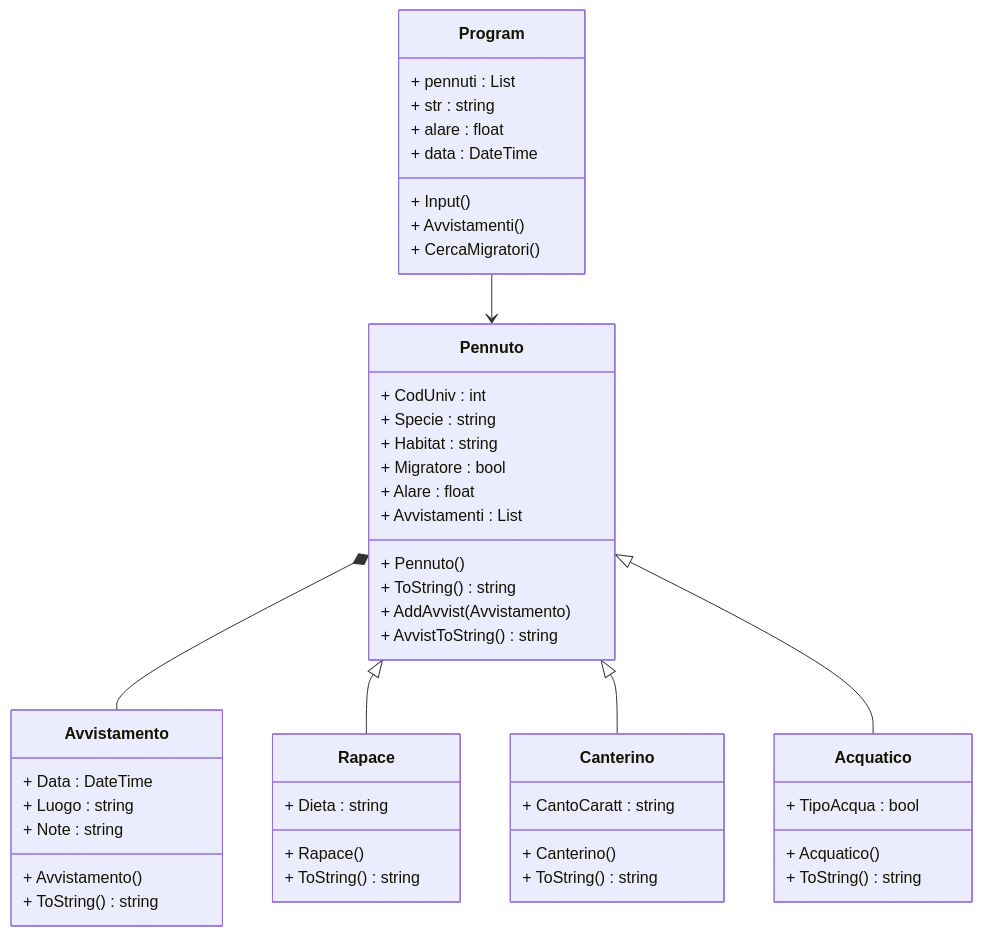
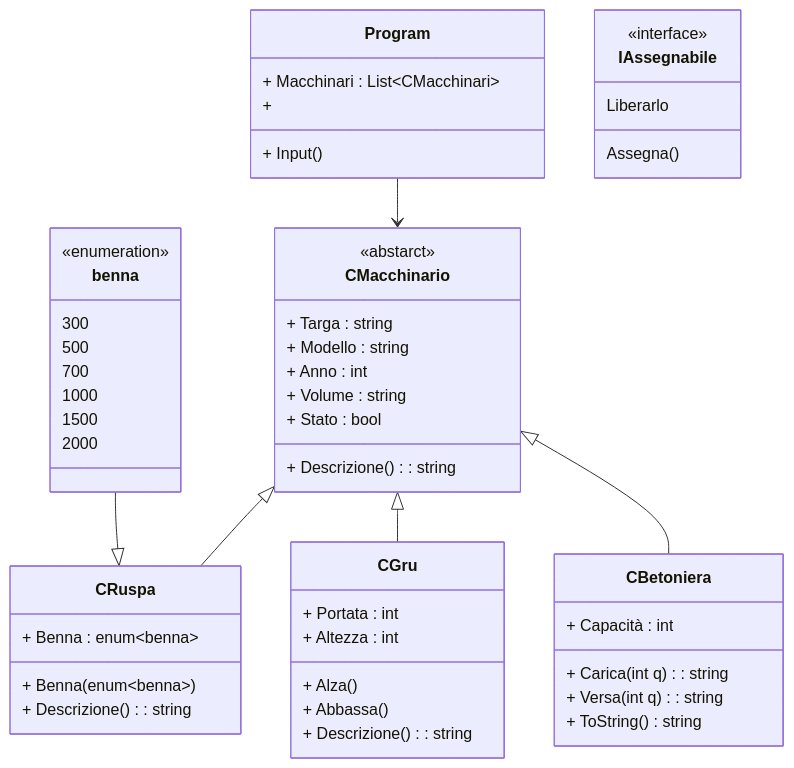
The diagram in C#/EsVolatili-BERTOLDO-MATTEO/EsVolatiliBM.md (BertoldoMatteo/4-INFORMATICA), drawn with Mermaid before and after one commit. The commit also changed 60 other files, not shown here.

````diff
--- a/C#/EsVolatili-BERTOLDO-MATTEO/EsVolatiliBM.md
+++ b/C#/EsVolatili-BERTOLDO-MATTEO/EsVolatiliBM.md
@@ -1,74 +1,80 @@
 ```mermaid
 classDiagram
 
     %% CLASSI PRINCIPALI
     
     class Program{
-        + pennuti : List<cPennuto>
-        + str : string
-        + alare : float
-        + data : DateTime
+        + Macchinari : List~CMacchinari~
 
         + Input()
-        + Avvistamenti()
-        + CercaMigratori() 
+        + 
 
     }
 
-    class Pennuto {
-        + CodUniv : int
-        + Specie : string
-        + Habitat : string
-        + Migratore : bool
-        + Alare : float
-        + Avvistamenti : List<Avvistamento>
-        
-        + Pennuto()
-        + ToString() string
-        + AddAvvist(Avvistamento)
-        + AvvistToString() string
+    class CMacchinario{
+        <<abstarct>>
+        + Targa : string
+        + Modello : string
+        + Anno : int
+        + Volume : string
+        + Stato : bool
+
+        + Descrizione() : string
+
     }
 
-    class Avvistamento {
-        + Data : DateTime
-        + Luogo : string
-        + Note : string
+    class CRuspa {
+        + Benna : enum~benna~
+        
+        + Benna(enum~benna~)
+        + Descrizione() : string
+    }
 
-        + Avvistamento()
+    class benna{
+        <<enumeration>>
+        300
+        500
+        700
+        1000
+        1500
+        2000
+    }
+
+    class CGru {
+        + Portata : int
+        + Altezza : int
+
+        + Alza()
+        + Abbassa()
+        + Descrizione() : string
+    }
+
+    class CBetoniera {
+        + Capacità : int
+        
+        + Carica(int q) : string
+        + Versa(int q) : string
         + ToString() string
     }
 
-    class Rapace {
-        + Dieta : string
-        
-        + Rapace()
-        + ToString() string
+    class IAssegnabile{
+        <<interface>>
+        Assegna()
+        Liberarlo
     }
 
-    class Canterino {
-        + CantoCaratt : string
-        
-        + Canterino()
-        + ToString() string
-    }
-
-    class Acquatico {
-        + TipoAcqua : bool
-        
-        + Acquatico()
-        + ToString() string
-    }
+    
 
     %% RELAZIONI
 
-    %% COMPOSIZIONE: il pennuto crea e gestisce gli avvistamenti
-    Pennuto *-- Avvistamento
+    %%ENUMERAZIONI
+    benna --|> CRuspa
 
     %% EREDITARIETÀ
-    Pennuto <|-- Rapace
-    Pennuto <|-- Canterino
-    Pennuto <|-- Acquatico
+    CMacchinario <|-- CRuspa
+    CMacchinario <|-- CGru
+    CMacchinario <|-- CBetoniera
 
     %% Program usa le classi ma non le possiede
-    Program --> Pennuto
+    Program --> CMacchinario
 ```
````
